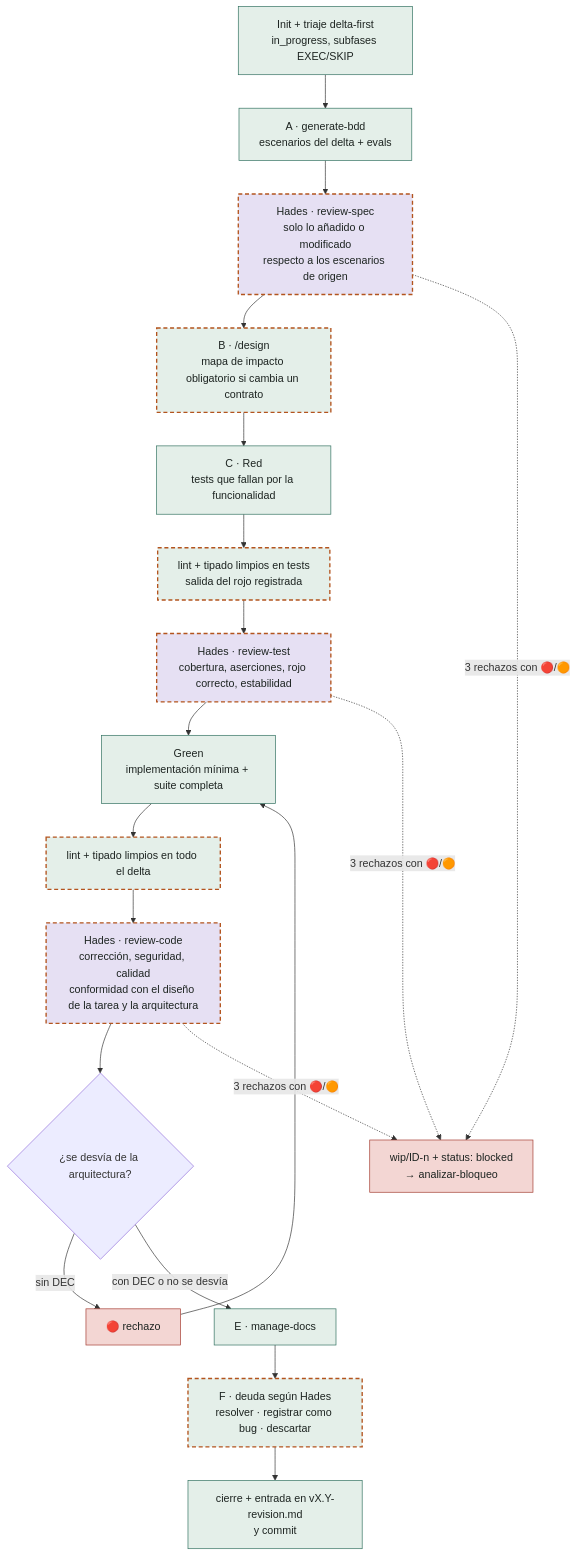
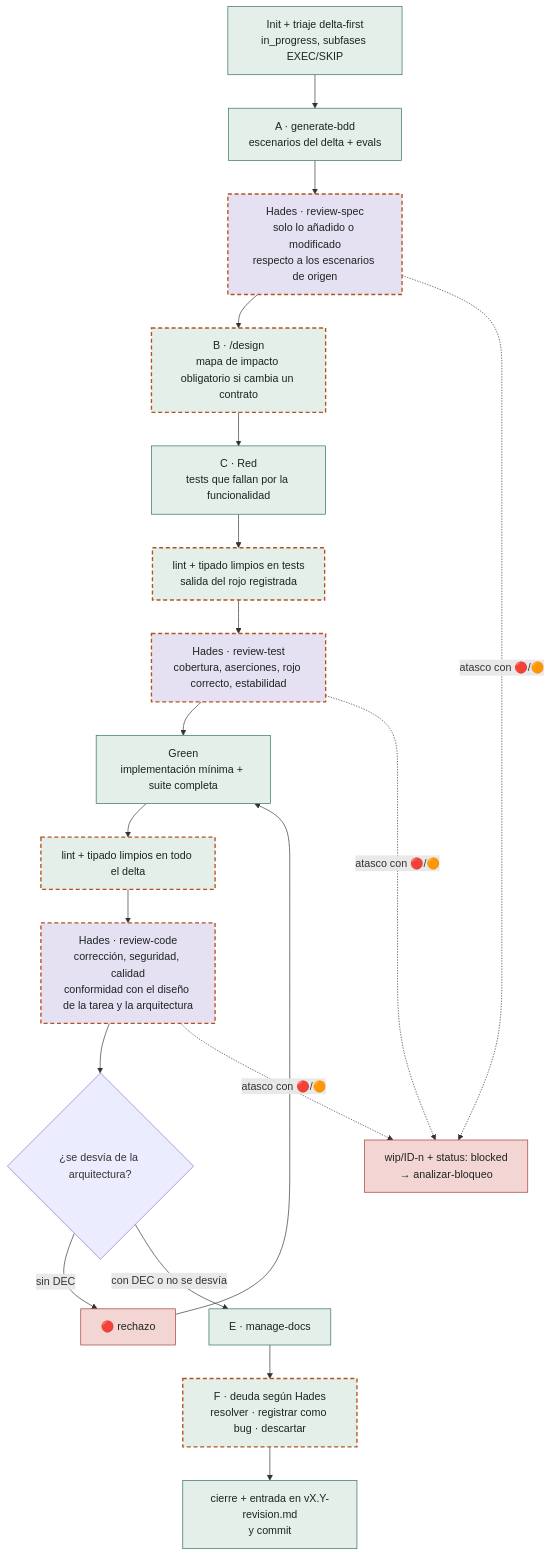
One commit to nereodata/nereoskills changed the third of 3 diagrams in docs/orquestacion.md. Above: the diagram before and after it, drawn with Mermaid. The commit also changed other lines of this file and 8 other files, not shown here.

````diff
--- a/docs/orquestacion.md
+++ b/docs/orquestacion.md
@@ -85,31 +85,31 @@
 ```mermaid
 flowchart TD
   ini["Init + triaje delta-first<br/>in_progress, subfases EXEC/SKIP"] --> bdd["A · generate-bdd<br/>escenarios del delta + evals"]
   bdd --> rs["Hades · review-spec<br/>solo lo añadido o modificado<br/>respecto a los escenarios de origen"]
   rs --> dis["B · /design<br/>mapa de impacto obligatorio si cambia un contrato"]
   dis --> red["C · Red<br/>tests que fallan por la funcionalidad"]
   red --> pre1["lint + tipado limpios en tests<br/>salida del rojo registrada"]
   pre1 --> rtst["Hades · review-test<br/>cobertura, aserciones, rojo correcto, estabilidad"]
   rtst --> green["Green<br/>implementación mínima + suite completa"]
   green --> pre2["lint + tipado limpios en todo el delta"]
   pre2 --> rc["Hades · review-code<br/>corrección, seguridad, calidad<br/>conformidad con el diseño de la tarea y la arquitectura"]
   rc --> q{"¿se desvía de la arquitectura?"}
   q -- "sin DEC" --> rojo["🔴 rechazo"]
   rojo --> green
   q -- "con DEC o no se desvía" --> docs["E · manage-docs"]
   docs --> deu["F · deuda según Hades<br/>resolver · registrar como bug · descartar"]
   deu --> cie["cierre + entrada en vX.Y-revision.md<br/>y commit"]
-  rs -. "3 rechazos con 🔴/🟠" .-> blk["wip/ID-n + status: blocked<br/>→ analizar-bloqueo"]
-  rtst -. "3 rechazos con 🔴/🟠" .-> blk
-  rc -. "3 rechazos con 🔴/🟠" .-> blk
+  rs -. "atasco con 🔴/🟠" .-> blk["wip/ID-n + status: blocked<br/>→ analizar-bloqueo"]
+  rtst -. "atasco con 🔴/🟠" .-> blk
+  rc -. "atasco con 🔴/🟠" .-> blk
 
   classDef paso fill:#e4efe9,stroke:#2f6f5e,color:#1d2421
   classDef hades fill:#e6e0f3,stroke:#5b4a8a,color:#1d2421
   classDef stop fill:#f3d6d3,stroke:#a33a2f,color:#1d2421
   classDef nuevo fill:#e4efe9,stroke:#b3541e,stroke-width:2px,stroke-dasharray:6 4,color:#1d2421
   classDef hnuevo fill:#e6e0f3,stroke:#b3541e,stroke-width:2px,stroke-dasharray:6 4,color:#1d2421
   class ini,bdd,red,green,docs,cie paso
   class dis,pre1,pre2,deu nuevo
   class rs,rtst,rc hnuevo
   class rojo,blk stop
 ```
````
